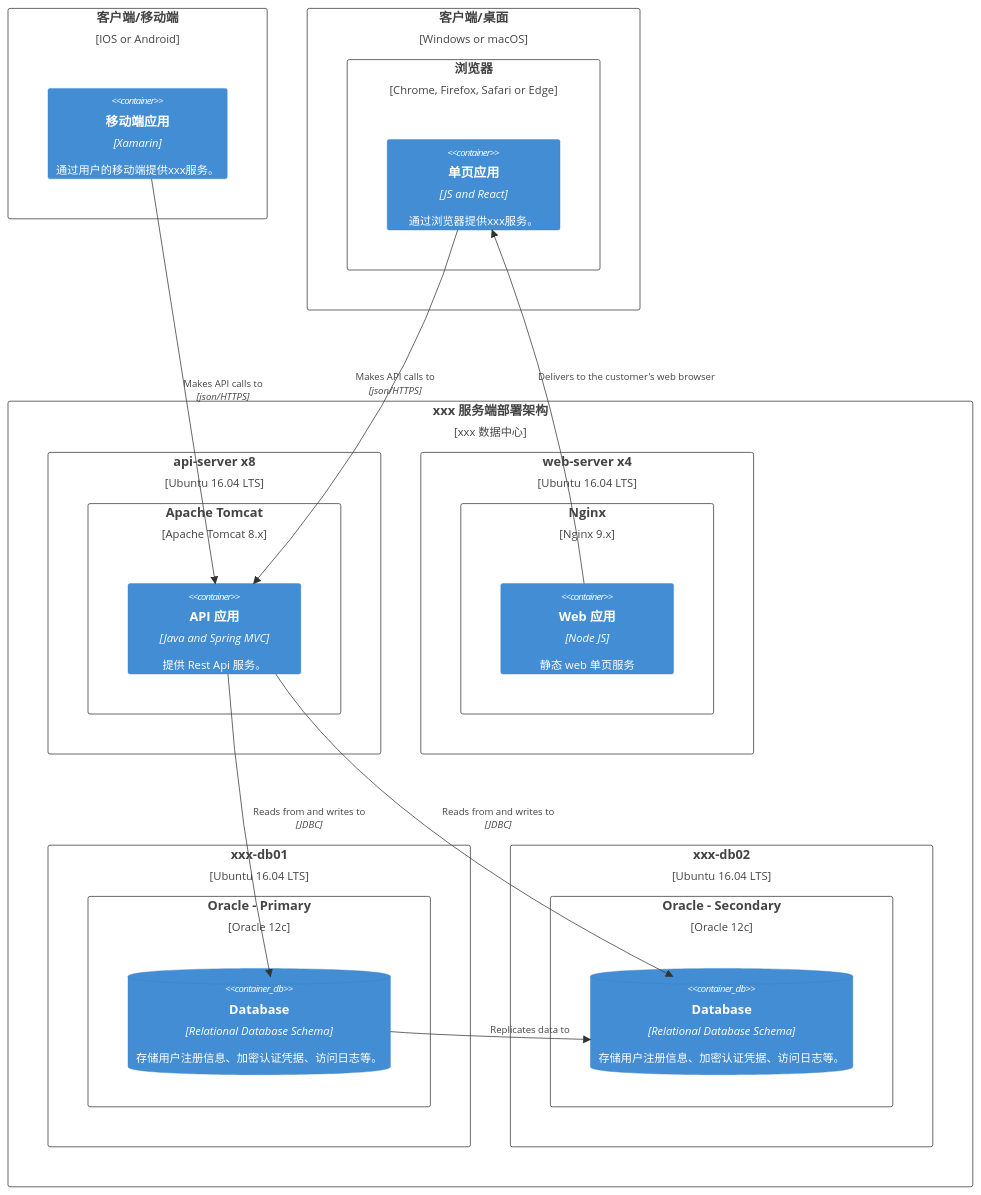
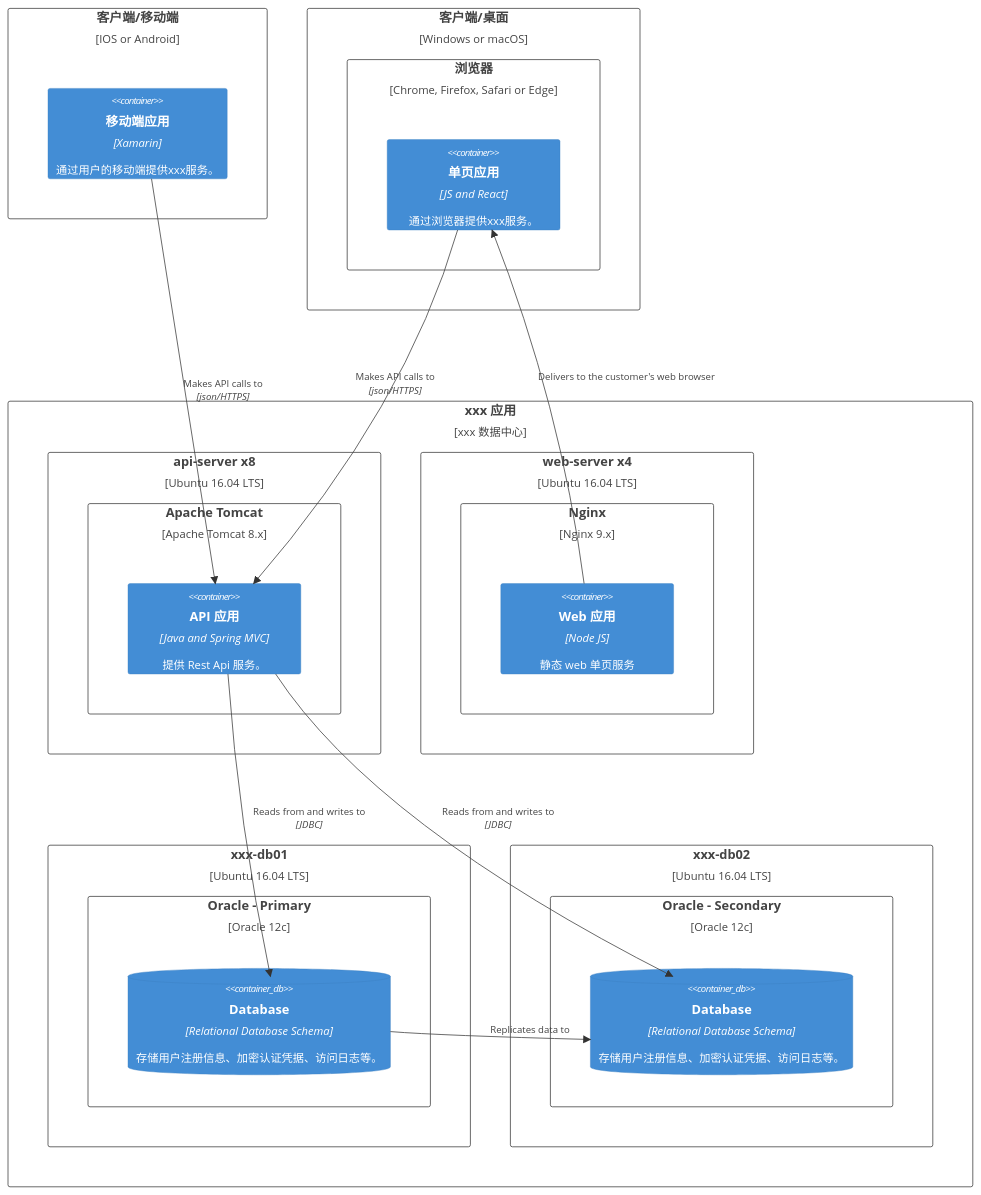
Before and after one commit to siu91/notebook: the second of 4 diagrams in pages/tech/bestpractices/rd-docs-temp/设计文档-模版.md, drawn with Mermaid. The commit also changed other lines of this file, not shown here.

````diff
--- a/pages/tech/bestpractices/rd-docs-temp/设计文档-模版.md
+++ b/pages/tech/bestpractices/rd-docs-temp/设计文档-模版.md
@@ -355,52 +324,52 @@
 ```mermaid
     C4Deployment
 
     Deployment_Node(mob, "客户端/移动端", "IOS or Android"){
         Container(mobile, "移动端应用", "Xamarin", "通过用户的移动端提供xxx服务。")
     }
 
     Deployment_Node(comp, "客户端/桌面", "Windows or macOS"){
         Deployment_Node(browser, "浏览器", "Chrome,  Firefox, Safari or  Edge"){
             Container(spa, "单页应用", "JS and React", "通过浏览器提供xxx服务。")
         }
     }
 
-    Deployment_Node(plc, "xxx 服务端部署架构", "xxx 数据中心"){
+    Deployment_Node(plc, "xxx 应用", "xxx 数据中心"){
         Deployment_Node(dn, "api-server x8", "Ubuntu 16.04 LTS"){
             Deployment_Node(apache, "Apache Tomcat", "Apache Tomcat 8.x"){
                 Container(api, "API 应用", "Java and Spring MVC", "提供 Rest Api 服务。")
             }
         }
         Deployment_Node(bb2, "web-server x4", "Ubuntu 16.04 LTS"){
             Deployment_Node(apache2, "Nginx", "Nginx 9.x"){
                 Container(web, "Web 应用", "Node JS", "静态 web 单页服务")
             }
         }
         Deployment_Node(bigbankdb01, "xxx-db01", "Ubuntu 16.04 LTS"){
             Deployment_Node(oracle, "Oracle - Primary", "Oracle 12c"){
                 ContainerDb(db, "Database", "Relational Database Schema", "存储用户注册信息、加密认证凭据、访问日志等。")
             }
         }
         Deployment_Node(bigbankdb02, "xxx-db02", "Ubuntu 16.04 LTS") {
             Deployment_Node(oracle2, "Oracle - Secondary", "Oracle 12c") {
                 ContainerDb(db2, "Database", "Relational Database Schema", "存储用户注册信息、加密认证凭据、访问日志等。")
             }
         }
     }
 
     %% 关系连线
     Rel(mobile, api, "Makes API calls to", "json/HTTPS")
     Rel(spa, api, "Makes API calls to", "json/HTTPS")
     Rel_U(web, spa, "Delivers to the customer's web browser")
     Rel(api, db, "Reads from and writes to", "JDBC")
     Rel(api, db2, "Reads from and writes to", "JDBC")
     Rel_R(db, db2, "Replicates data to")
 
     %% 格式
     UpdateRelStyle(spa, api, $offsetY="-40")
     UpdateRelStyle(web, spa, $offsetY="-40")
     UpdateRelStyle(api, db, $offsetY="-20", $offsetX="5")
     UpdateRelStyle(api, db2, $offsetX="-40", $offsetY="-20")
     UpdateRelStyle(db, db2, $offsetY="-10")
 
 ```
````
